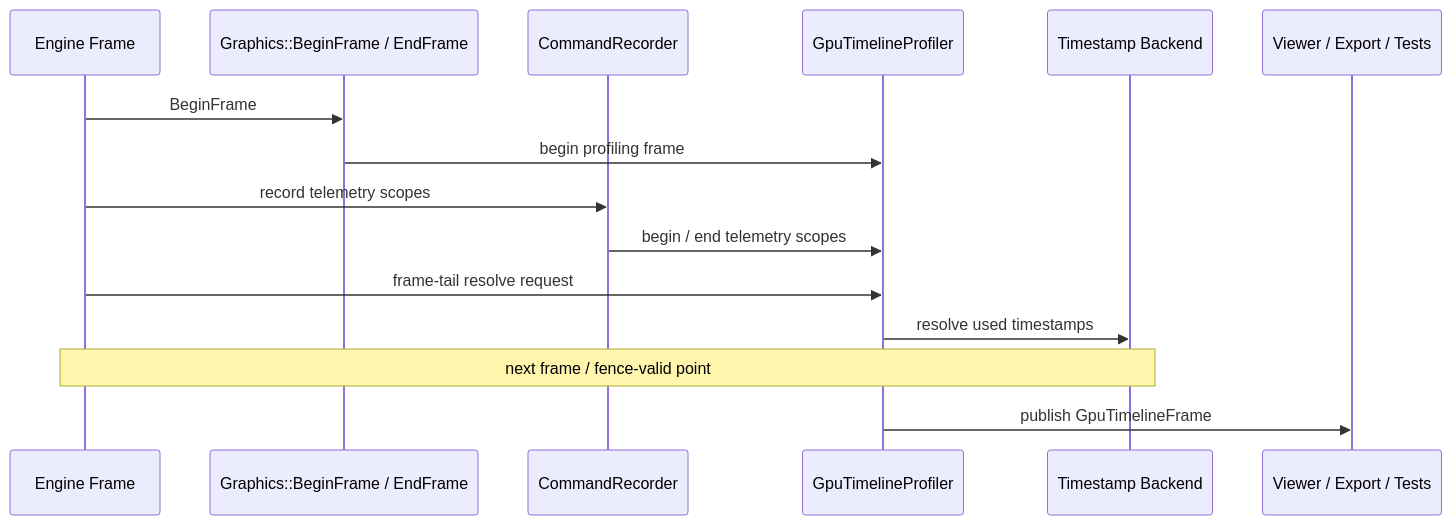
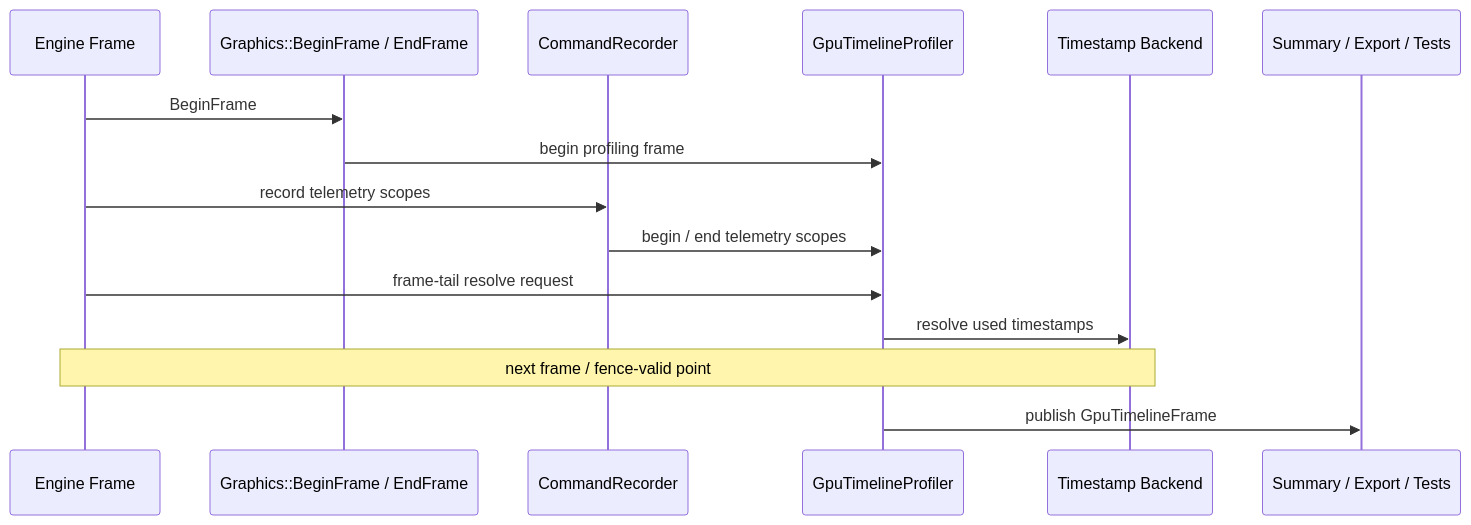
One commit to abdes/DroidNet changed the second of 2 diagrams in projects/Oxygen.Engine/design/profiling/built-in-gpu-timing-architecture.md. Above: the diagram before and after it, drawn with Mermaid. The commit also changed other lines of this file and 9 other files, not shown here.

````diff
--- a/projects/Oxygen.Engine/design/profiling/built-in-gpu-timing-architecture.md
+++ b/projects/Oxygen.Engine/design/profiling/built-in-gpu-timing-architecture.md
@@ -142,18 +142,18 @@
 ```mermaid
 sequenceDiagram
   participant Frame as Engine Frame
   participant Graphics as Graphics::BeginFrame / EndFrame
   participant Recorder as CommandRecorder
   participant Profiler as GpuTimelineProfiler
   participant Backend as Timestamp Backend
-  participant Consumers as Viewer / Export / Tests
+  participant Consumers as Summary / Export / Tests
 
   Frame->>Graphics: BeginFrame
   Graphics->>Profiler: begin profiling frame
   Frame->>Recorder: record telemetry scopes
   Recorder->>Profiler: begin / end telemetry scopes
   Frame->>Profiler: frame-tail resolve request
   Profiler->>Backend: resolve used timestamps
   Note over Frame,Backend: next frame / fence-valid point
   Profiler->>Consumers: publish GpuTimelineFrame
 ```
````
